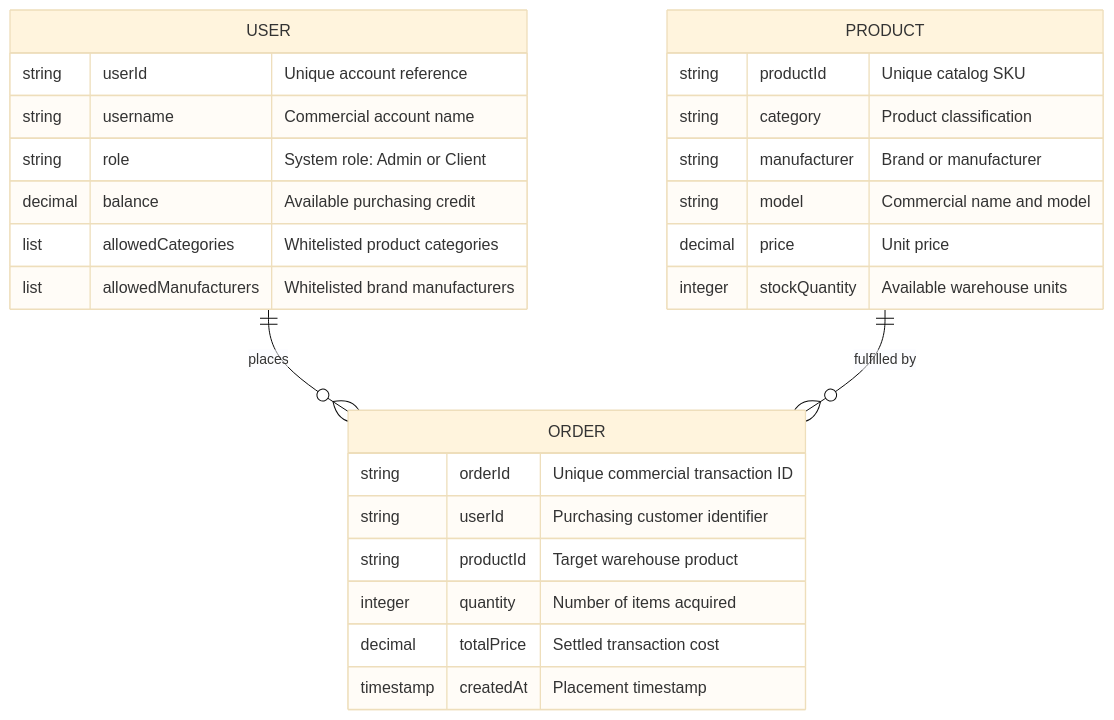
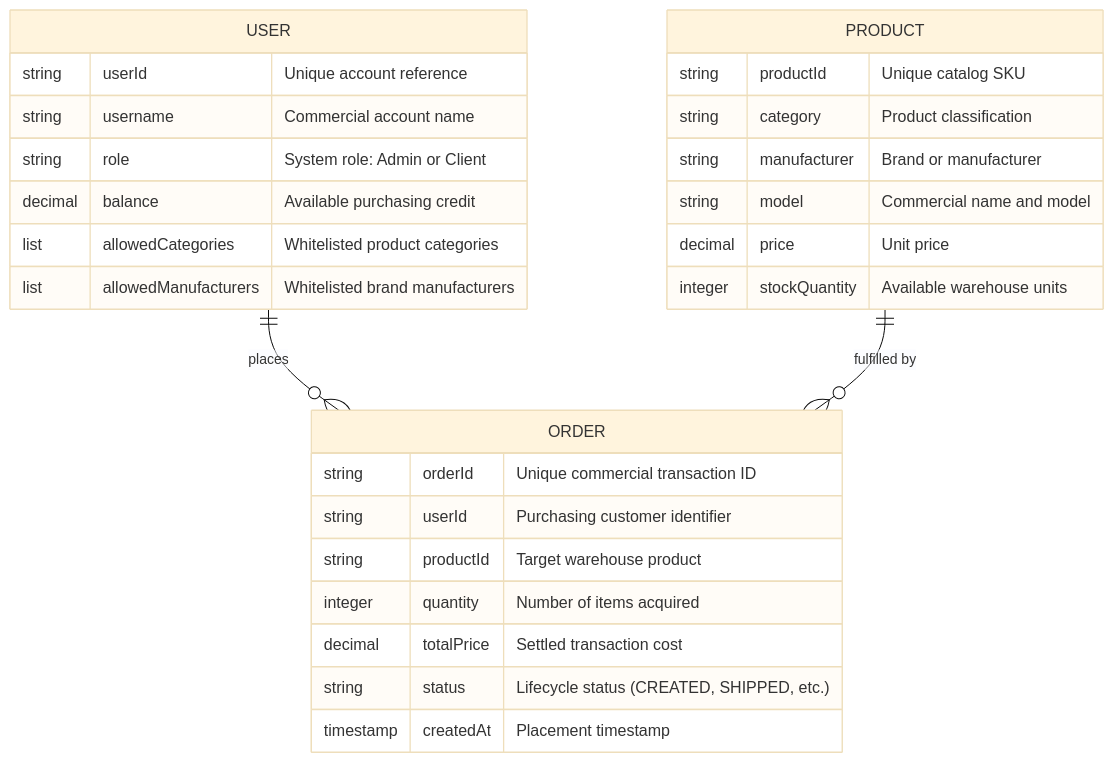
The second of 4 diagrams in specs/CLIENT_SPEC.md (altregubov/warehouse-rest-test-app), drawn with Mermaid (base theme) before and after one commit. The commit also changed 12 other files, not shown here.

````diff
--- a/specs/CLIENT_SPEC.md
+++ b/specs/CLIENT_SPEC.md
@@ -87,32 +87,33 @@
 ```mermaid
 erDiagram
     USER ||--o{ ORDER : "places"
     PRODUCT ||--o{ ORDER : "fulfilled by"
 
     USER {
         string userId "Unique account reference"
         string username "Commercial account name"
         string role "System role: Admin or Client"
         decimal balance "Available purchasing credit"
         list allowedCategories "Whitelisted product categories"
         list allowedManufacturers "Whitelisted brand manufacturers"
     }
 
     PRODUCT {
         string productId "Unique catalog SKU"
         string category "Product classification"
         string manufacturer "Brand or manufacturer"
         string model "Commercial name and model"
         decimal price "Unit price"
         integer stockQuantity "Available warehouse units"
     }
 
     ORDER {
         string orderId "Unique commercial transaction ID"
         string userId "Purchasing customer identifier"
         string productId "Target warehouse product"
         integer quantity "Number of items acquired"
         decimal totalPrice "Settled transaction cost"
+        string status "Lifecycle status (CREATED, SHIPPED, etc.)"
         timestamp createdAt "Placement timestamp"
     }
 ```
````
